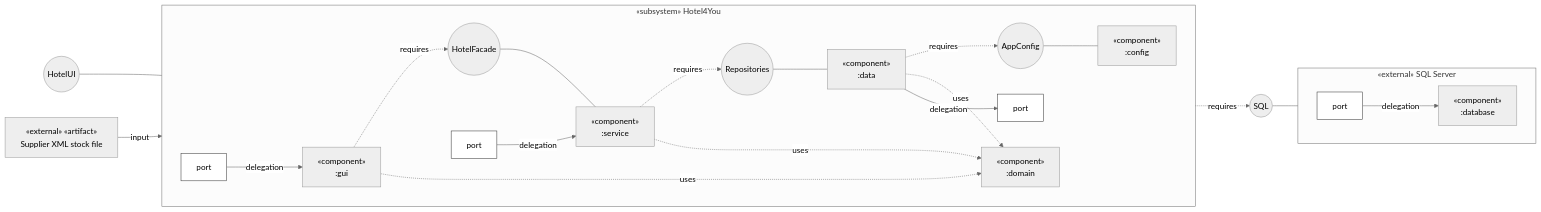
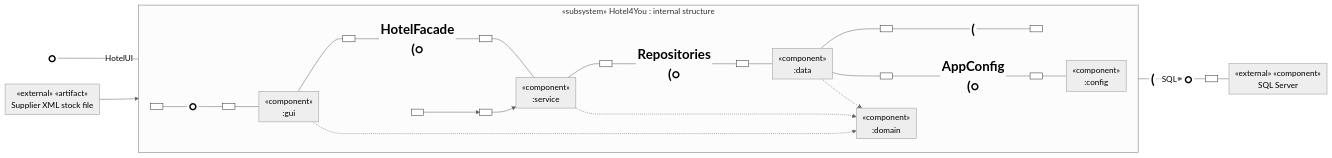
One commit to BorjaTiago/hotel4you changed the diagram in docs/uml/component-diagram.md. Above: the diagram before and after it, drawn with Mermaid. The commit also changed other lines of this file and 1 other file, not shown here.

Commit message:
H4Y-9 match component diagram to teacher slide (#42)
Add ports on parts, sockets and assembly connectors.
Make SQL Server one external component.

````diff
--- a/docs/uml/component-diagram.md
+++ b/docs/uml/component-diagram.md
@@ -28,47 +30,50 @@
 ```mermaid
-%%{init: {"theme":"neutral","fontFamily":"Arial"}}%%
+%%{init: {"theme":"neutral","fontFamily":"Arial","flowchart":{"padding":6,"nodeSpacing":28,"rankSpacing":22}}}%%
 flowchart LR
-    UI(("HotelUI"))
+    BUI@{ shape: text, label: "○" }
     XML["«external» «artifact»<br/>Supplier XML stock file"]
-    subgraph H4Y["«subsystem» Hotel4You"]
+    subgraph H4Y["«subsystem» Hotel4You : internal structure"]
         direction LR
-        PUI["port"]
-        PXML["port"]
+        PUI[" "]
+        BGUI@{ shape: text, label: "○" }
+        PG1[" "]
         GUI["«component»<br/>:gui"]
-        FAC(("HotelFacade"))
+        PG2[" "]
+        AFAC@{ shape: text, label: "HotelFacade<br/>(○" }
+        PS1[" "]
         SVC["«component»<br/>:service"]
+        PS2[" "]
+        AREPO@{ shape: text, label: "Repositories<br/>(○" }
+        PD1[" "]
+        DATA["«component»<br/>:data"]
+        PD2[" "]
+        PD3[" "]
+        ACFG@{ shape: text, label: "AppConfig<br/>(○" }
+        PC1[" "]
+        CFG["«component»<br/>:config"]
         DOM["«component»<br/>:domain"]
-        REPO(("Repositories"))
-        DATA["«component»<br/>:data"]
-        CFGI(("AppConfig"))
-        CFG["«component»<br/>:config"]
-        PDB["port"]
+        SDB@{ shape: text, label: "(" }
+        PDB[" "]
+        PXML[" "]
+        PS3[" "]
     end
-    SQLI(("SQL"))
-    subgraph DBS["«external» SQL Server"]
-        direction LR
-        PSQL["port"]
-        DBE["«component»<br/>:database"]
-    end
+    RSQL@{ shape: text, label: "(" }
+    BSQL@{ shape: text, label: "○" }
+    PSQL[" "]
+    SQL["«external» «component»<br/>SQL Server"]
 
-    UI --- PUI
-    PUI -->|delegation| GUI
-    GUI -.->|requires| FAC
-    FAC --- SVC
-    SVC -.->|requires| REPO
-    REPO --- DATA
-    DATA -.->|requires| CFGI
-    CFGI --- CFG
-    SVC -.->|uses| DOM
-    GUI -.->|uses| DOM
-    DATA -.->|uses| DOM
-    DATA -->|delegation| PDB
-    PDB -.->|requires| SQLI
-    SQLI --- PSQL
-    PSQL -->|delegation| DBE
-    XML -->|input| PXML
-    PXML -->|delegation| SVC
+    BUI ---|HotelUI| PUI
+    PUI --- BGUI --- PG1 --- GUI --- PG2 --- AFAC --- PS1 --- SVC --- PS2 --- AREPO --- PD1 --- DATA --- PD2 --- SDB --- PDB --- RSQL
+    RSQL -.->|SQL| BSQL
+    BSQL --- PSQL --- SQL
+    DATA --- PD3 --- ACFG --- PC1 --- CFG
+    XML --> PXML --> PS3 --> SVC
+    GUI -.-> DOM
+    SVC -.-> DOM
+    DATA -.-> DOM
 
     classDef port fill:#fff,stroke:#333,stroke-width:1px
-    class PUI,PDB,PXML,PSQL port
+    class PUI,PG1,PG2,PS1,PS2,PS3,PD1,PD2,PD3,PC1,PDB,PXML,PSQL port
+    classDef symbol font-size:26px,font-weight:bold
+    class BUI,BGUI,BSQL,AFAC,AREPO,ACFG,SDB,RSQL symbol
 ```
````
